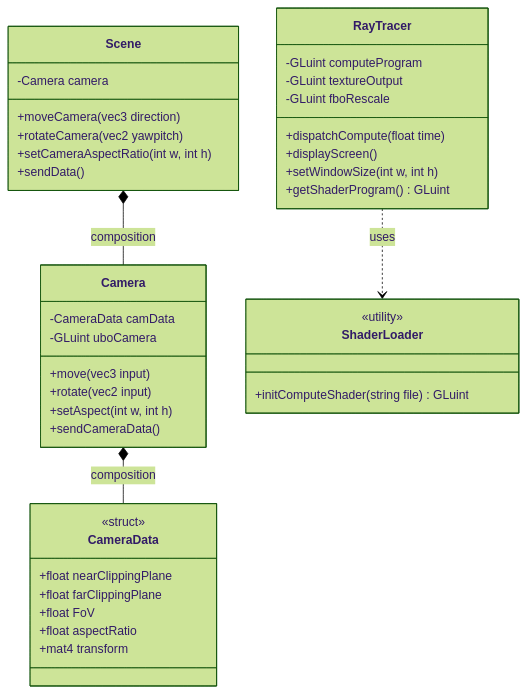
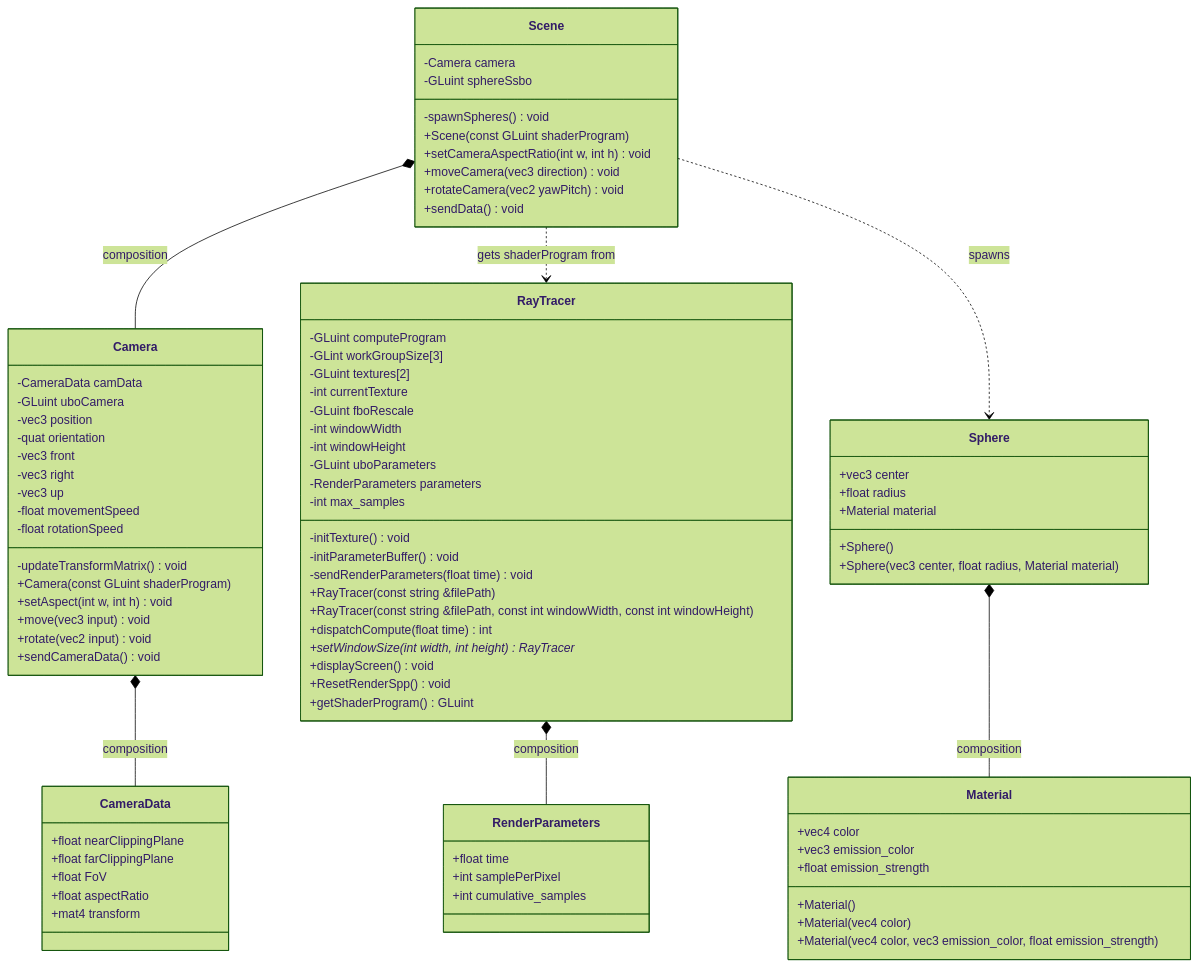
The third of 4 diagrams in doc/guide.md (LEE-CHI-HSUAN/GL-Ray-Tracer), drawn with Mermaid (forest theme) before and after one commit. The commit also changed other lines of this file and 1 other file, not shown here.

Commit message:
ray: cosine weighted sampling & whole pixel coverage

````diff
--- a/doc/guide.md
+++ b/doc/guide.md
@@ -57,33 +98,63 @@
 classDiagram
     class RayTracer {
         -GLuint computeProgram
-        -GLuint textureOutput
+        -GLint workGroupSize[3]
+        -GLuint textures[2]
+        -int currentTexture
         -GLuint fboRescale
-        +dispatchCompute(float time)
-        +displayScreen()
-        +setWindowSize(int w, int h)
+        -int windowWidth
+        -int windowHeight
+        -GLuint uboParameters
+        -RenderParameters parameters
+        -int max_samples
+        -initTexture() void
+        -initParameterBuffer() void
+        -sendRenderParameters(float time) void
+        +RayTracer(const string &filePath)
+        +RayTracer(const string &filePath, const int windowWidth, const int windowHeight)
+        +dispatchCompute(float time) int
+        +setWindowSize(int width, int height) RayTracer*
+        +displayScreen() void
+        +ResetRenderSpp() void
         +getShaderProgram() GLuint
+    }
+
+    class RenderParameters {
+        +float time
+        +int samplePerPixel
+        +int cumulative_samples
     }
 
     class Scene {
         -Camera camera
-        +moveCamera(vec3 direction)
-        +rotateCamera(vec2 yawpitch)
-        +setCameraAspectRatio(int w, int h)
-        +sendData()
+        -GLuint sphereSsbo
+        -spawnSpheres() void
+        +Scene(const GLuint shaderProgram)
+        +setCameraAspectRatio(int w, int h) void
+        +moveCamera(vec3 direction) void
+        +rotateCamera(vec2 yawPitch) void
+        +sendData() void
     }
 
     class Camera {
         -CameraData camData
         -GLuint uboCamera
-        +move(vec3 input)
-        +rotate(vec2 input)
-        +setAspect(int w, int h)
-        +sendCameraData()
+        -vec3 position
+        -quat orientation
+        -vec3 front
+        -vec3 right
+        -vec3 up
+        -float movementSpeed
+        -float rotationSpeed
+        -updateTransformMatrix() void
+        +Camera(const GLuint shaderProgram)
+        +setAspect(int w, int h) void
+        +move(vec3 input) void
+        +rotate(vec2 input) void
+        +sendCameraData() void
     }
 
     class CameraData {
-        <<struct>>
         +float nearClippingPlane
         +float farClippingPlane
         +float FoV
@@ -91,12 +162,27 @@
         +mat4 transform
     }
 
-    class ShaderLoader {
-        <<utility>>
-        +initComputeShader(string file) GLuint
+    class Material {
+        +vec4 color
+        +vec3 emission_color
+        +float emission_strength
+        +Material()
+        +Material(vec4 color)
+        +Material(vec4 color, vec3 emission_color, float emission_strength)
     }
 
-    RayTracer ..> ShaderLoader : uses
+    class Sphere {
+        +vec3 center
+        +float radius
+        +Material material
+        +Sphere()
+        +Sphere(vec3 center, float radius, Material material)
+    }
+
+    RayTracer *-- RenderParameters : composition
     Scene *-- Camera : composition
     Camera *-- CameraData : composition
+    Scene ..> RayTracer : gets shaderProgram from
+    Scene ..> Sphere : spawns
+    Sphere *-- Material : composition
 ```
````
